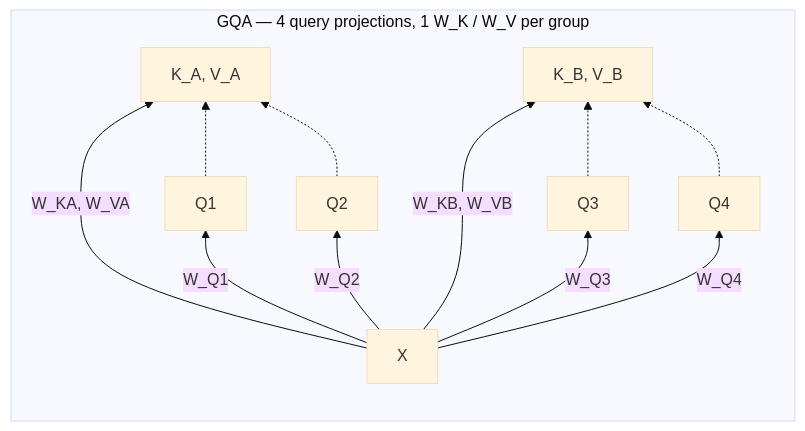
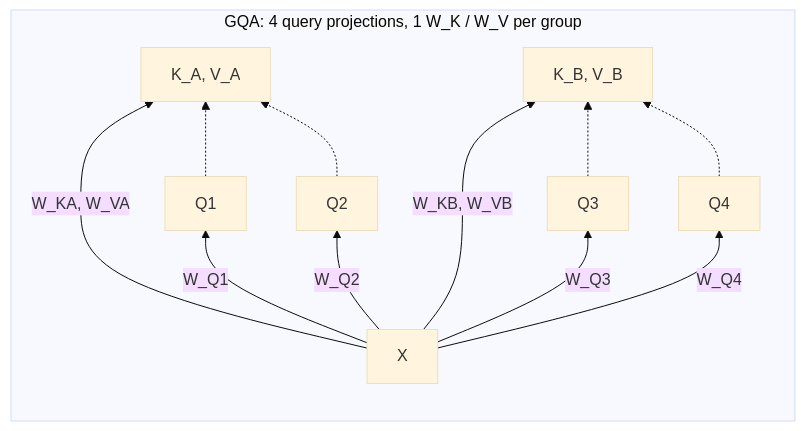
Before and after one commit to hyunwonch/hyunwonch.github.io: the fifth of 9 diagrams in _posts/2026-08-19-evolution-of-attention.md, drawn with Mermaid (base theme). The commit also changed other lines of this file, not shown here.

````diff
--- a/_posts/2026-08-19-evolution-of-attention.md
+++ b/_posts/2026-08-19-evolution-of-attention.md
@@ -159,17 +159,17 @@
 ```mermaid
 %%{init: {'flowchart': {'useMaxWidth': false}}}%%
 graph BT
-    subgraph GQA["GQA — 4 query projections, 1 W_K / W_V per group"]
+    subgraph GQA["GQA: 4 query projections, 1 W_K / W_V per group"]
         direction BT
         XB["X"] -->|"W_Q1"| B1["Q1"]
         XB -->|"W_Q2"| B2["Q2"]
         XB -->|"W_Q3"| B3["Q3"]
         XB -->|"W_Q4"| B4["Q4"]
         XB -->|"W_KA, W_VA"| BK1["K_A, V_A"]
         XB -->|"W_KB, W_VB"| BK2["K_B, V_B"]
         B1 -.-> BK1
         B2 -.-> BK1
         B3 -.-> BK2
         B4 -.-> BK2
     end
 ```
````
